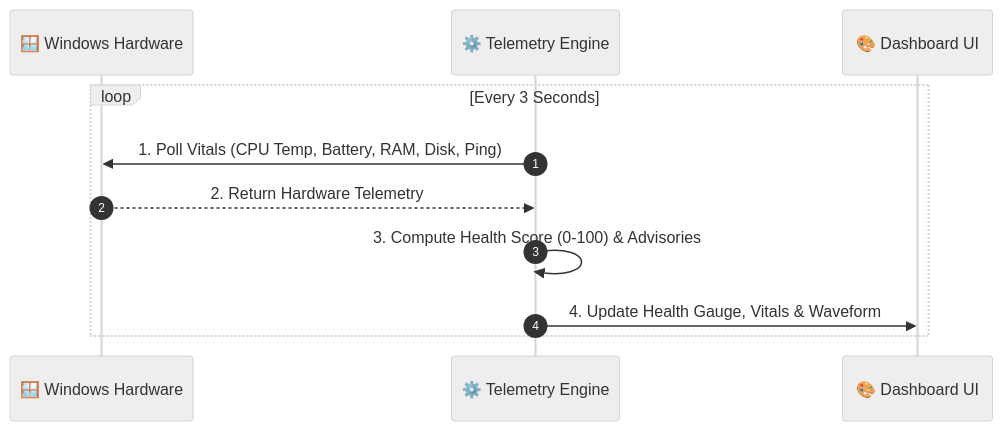
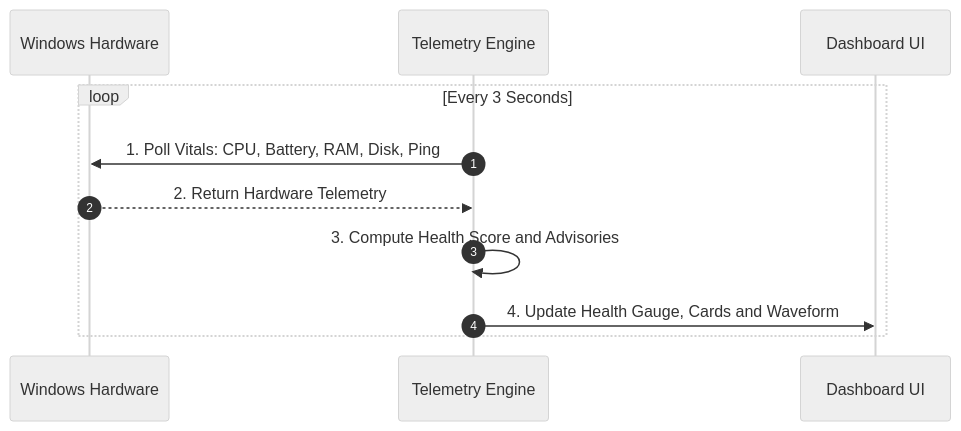
One commit to kailash6207/MobPulse changed the second of 3 diagrams in README.md. Above: the diagram before and after it, drawn with Mermaid (neutral theme). The commit also changed other lines of this file and 1 other file, not shown here.

Commit message:
Fix: Remove parenthesis in Mermaid link text to fix GitHub parse error

````diff
--- a/README.md
+++ b/README.md
@@ -31,14 +31,14 @@
 ```mermaid
 sequenceDiagram
     autonumber
-    participant Kernel as 🪟 Windows Hardware
-    participant Engine as ⚙️ Telemetry Engine
-    participant GUI as 🎨 Dashboard UI
+    participant Kernel as Windows Hardware
+    participant Engine as Telemetry Engine
+    participant GUI as Dashboard UI
 
     loop Every 3 Seconds
-        Engine->>Kernel: 1. Poll Vitals (CPU Temp, Battery, RAM, Disk, Ping)
+        Engine->>Kernel: 1. Poll Vitals: CPU, Battery, RAM, Disk, Ping
         Kernel-->>Engine: 2. Return Hardware Telemetry
-        Engine->>Engine: 3. Compute Health Score (0-100) & Advisories
-        Engine->>GUI: 4. Update Health Gauge, Vitals & Waveform
+        Engine->>Engine: 3. Compute Health Score and Advisories
+        Engine->>GUI: 4. Update Health Gauge, Cards and Waveform
     end
 ```
````
